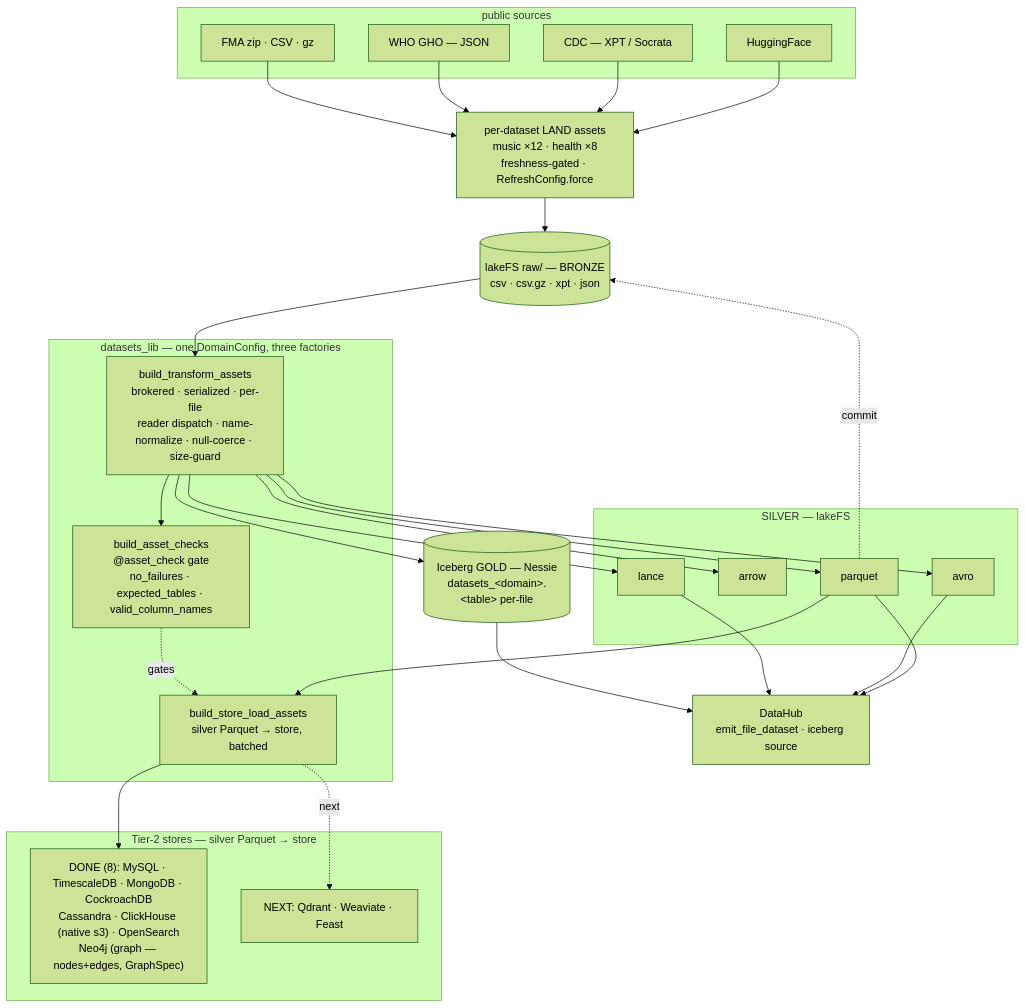
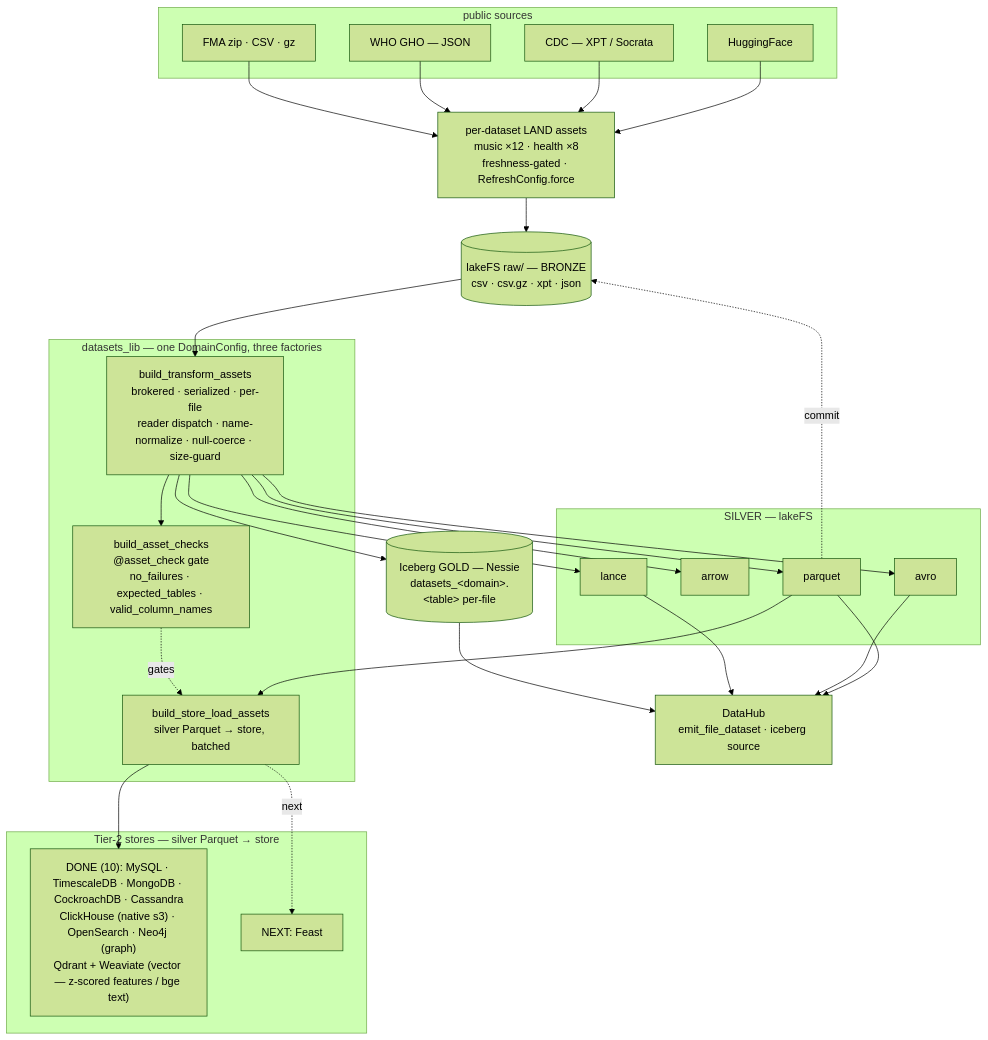
Before and after one commit to edtbl76/weyland-lab: the diagram in docs/diagrams/flow-datasets-lakehouse.md, drawn with Mermaid (forest theme). The commit also changed 3 other files, not shown here.

Commit message:
Added Qdrant and Weaviate as Tier-2 vector stores, integrated 9 datasets with z-scored audio and bge-based text vectors, updated GTZAN pipeline for feature extraction, and revised hydration/diagrams for vector-backed ingestion.

````diff
--- a/docs/diagrams/flow-datasets-lakehouse.md
+++ b/docs/diagrams/flow-datasets-lakehouse.md
@@ -8,55 +8,55 @@
 ```mermaid
 flowchart TB
   subgraph SRC["public sources"]
     HF["HuggingFace"]
     CDC["CDC — XPT / Socrata"]
     WHO["WHO GHO — JSON"]
     FMA["FMA zip · CSV · gz"]
   end
 
   LAND["per-dataset LAND assets<br/>music ×12 · health ×8<br/>freshness-gated · RefreshConfig.force"]
   RAW[("lakeFS raw/ — BRONZE<br/>csv · csv.gz · xpt · json")]
 
   subgraph LIB["datasets_lib — one DomainConfig, three factories"]
     T["build_transform_assets<br/>brokered · serialized · per-file<br/>reader dispatch · name-normalize · null-coerce · size-guard"]
     C["build_asset_checks<br/>@asset_check gate<br/>no_failures · expected_tables · valid_column_names"]
     L["build_store_load_assets<br/>silver Parquet → store, batched"]
   end
 
   subgraph SILVER["SILVER — lakeFS"]
     PQ["parquet"]
     AR["arrow"]
     AV["avro"]
     LN["lance"]
   end
   GOLD[("Iceberg GOLD — Nessie<br/>datasets_&lt;domain&gt;.&lt;table&gt; per-file")]
 
   subgraph STORES["Tier-2 stores — silver Parquet → store"]
-    DONE["DONE (8): MySQL · TimescaleDB · MongoDB · CockroachDB<br/>Cassandra · ClickHouse (native s3) · OpenSearch<br/>Neo4j (graph — nodes+edges, GraphSpec)"]
-    PLAN["NEXT: Qdrant · Weaviate · Feast"]
+    DONE["DONE (10): MySQL · TimescaleDB · MongoDB · CockroachDB · Cassandra<br/>ClickHouse (native s3) · OpenSearch · Neo4j (graph)<br/>Qdrant + Weaviate (vector — z-scored features / bge text)"]
+    PLAN["NEXT: Feast"]
   end
 
   DH["DataHub<br/>emit_file_dataset · iceberg source"]
 
   HF --> LAND
   CDC --> LAND
   WHO --> LAND
   FMA --> LAND
   LAND --> RAW
   RAW --> T
   T --> PQ
   T --> AR
   T --> AV
   T --> LN
   T --> GOLD
   PQ -. commit .-> RAW
   T --> C
   PQ --> L
   C -. gates .-> L
   L --> DONE
   L -. next .-> PLAN
   PQ --> DH
   AV --> DH
   LN --> DH
   GOLD --> DH
 ```
````
